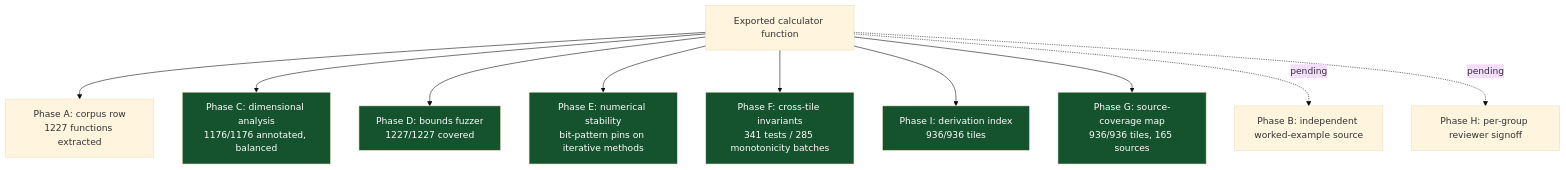
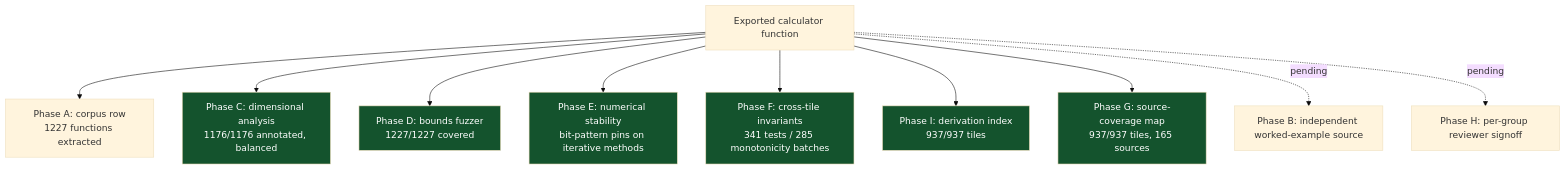
Before and after one commit to clay-good/roughlogic.com: the sixth of 8 diagrams in README.md, drawn with Mermaid (base theme). The commit also changed other lines of this file and 17 other files, not shown here.

````diff
--- a/README.md
+++ b/README.md
@@ -519,18 +519,18 @@
 ```mermaid
 flowchart TB
     F[Exported calculator function] --> A[Phase A: corpus row\n1227 functions extracted]
     F --> C[Phase C: dimensional analysis\n1176/1176 annotated, balanced]
     F --> D[Phase D: bounds fuzzer\n1227/1227 covered]
     F --> E[Phase E: numerical stability\nbit-pattern pins on iterative methods]
     F --> Fa[Phase F: cross-tile invariants\n341 tests / 285 monotonicity batches]
-    F --> I[Phase I: derivation index\n936/936 tiles]
-    F --> G[Phase G: source-coverage map\n936/936 tiles, 165 sources]
+    F --> I[Phase I: derivation index\n937/937 tiles]
+    F --> G[Phase G: source-coverage map\n937/937 tiles, 165 sources]
     F -.pending.-> B[Phase B: independent worked-example source]
     F -.pending.-> H[Phase H: per-group reviewer signoff]
     style C fill:#14532d,color:#fff
     style D fill:#14532d,color:#fff
     style E fill:#14532d,color:#fff
     style Fa fill:#14532d,color:#fff
     style G fill:#14532d,color:#fff
     style I fill:#14532d,color:#fff
 ```
````
